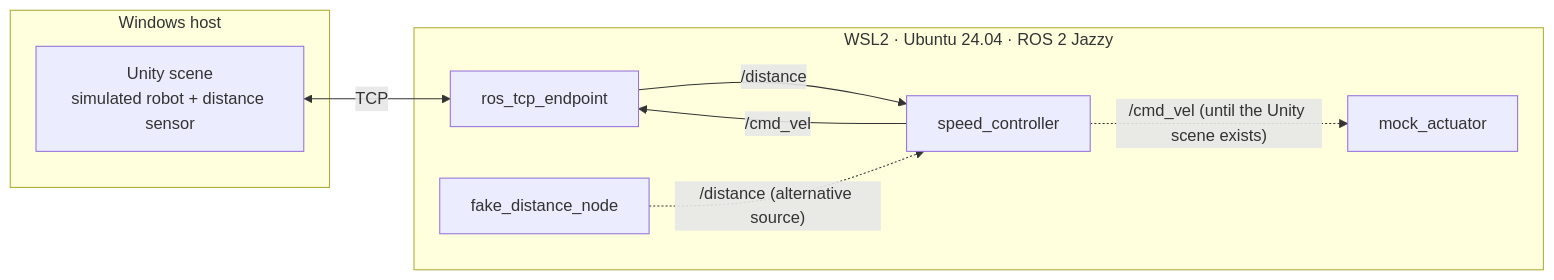
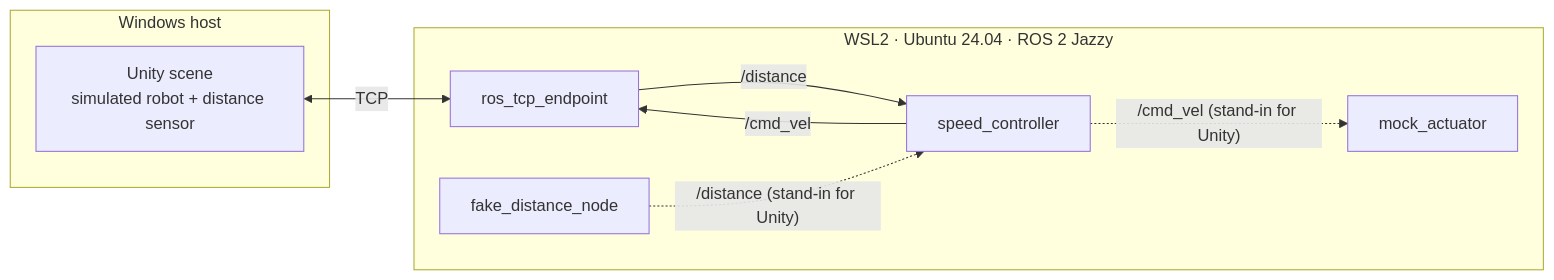
One commit to t-hermanns/ros2-unity-sim changed the diagram in README.md. Above: the diagram before and after it, drawn with Mermaid.

Commit message:
Align stand-in labels in architecture diagram

````diff
--- a/README.md
+++ b/README.md
@@ -22,17 +22,17 @@
 ```mermaid
 flowchart LR
     subgraph win["Windows host"]
         U["Unity scene<br/>simulated robot + distance sensor"]
     end
     subgraph wsl["WSL2 · Ubuntu 24.04 · ROS 2 Jazzy"]
         E["ros_tcp_endpoint"]
         F["fake_distance_node"]
         C["speed_controller"]
         M["mock_actuator"]
     end
     U <-- "TCP" --> E
     E -- "/distance" --> C
-    F -. "/distance (alternative source)" .-> C
+    F -. "/distance (stand-in for Unity)" .-> C
     C -- "/cmd_vel" --> E
-    C -. "/cmd_vel (until the Unity scene exists)" .-> M
+    C -. "/cmd_vel (stand-in for Unity)" .-> M
 ```
````
